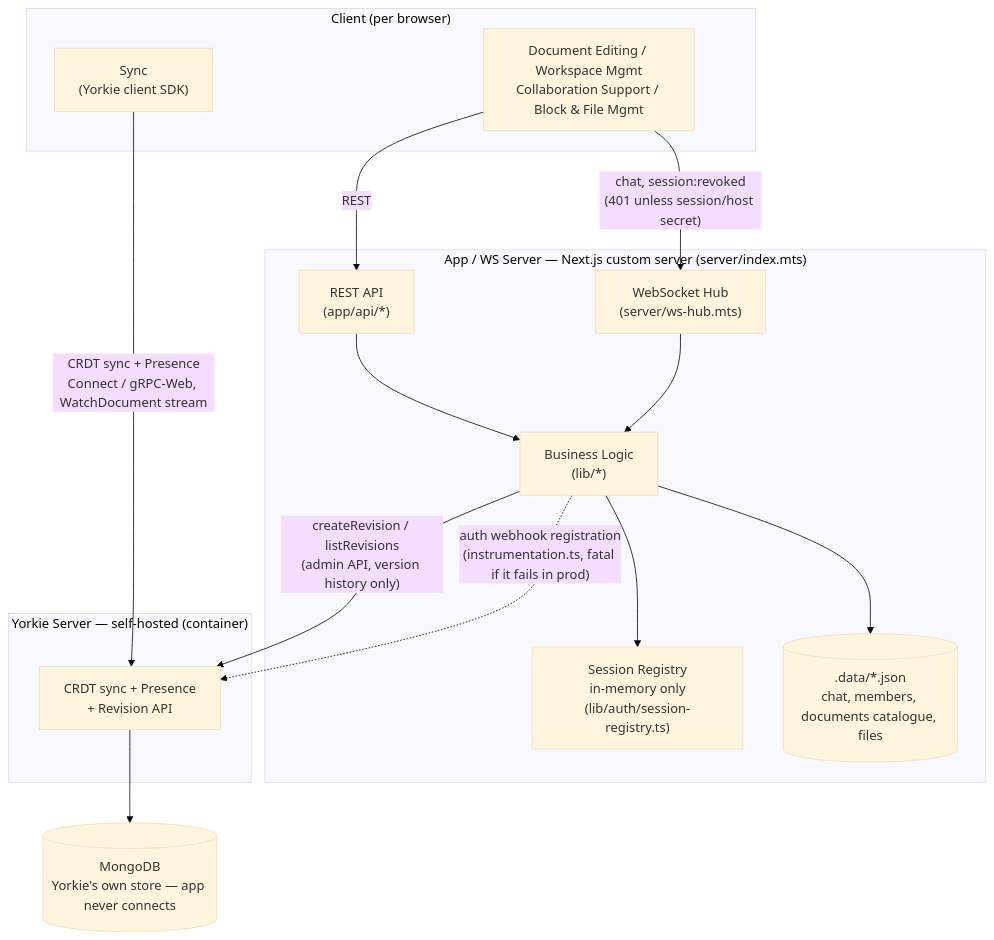
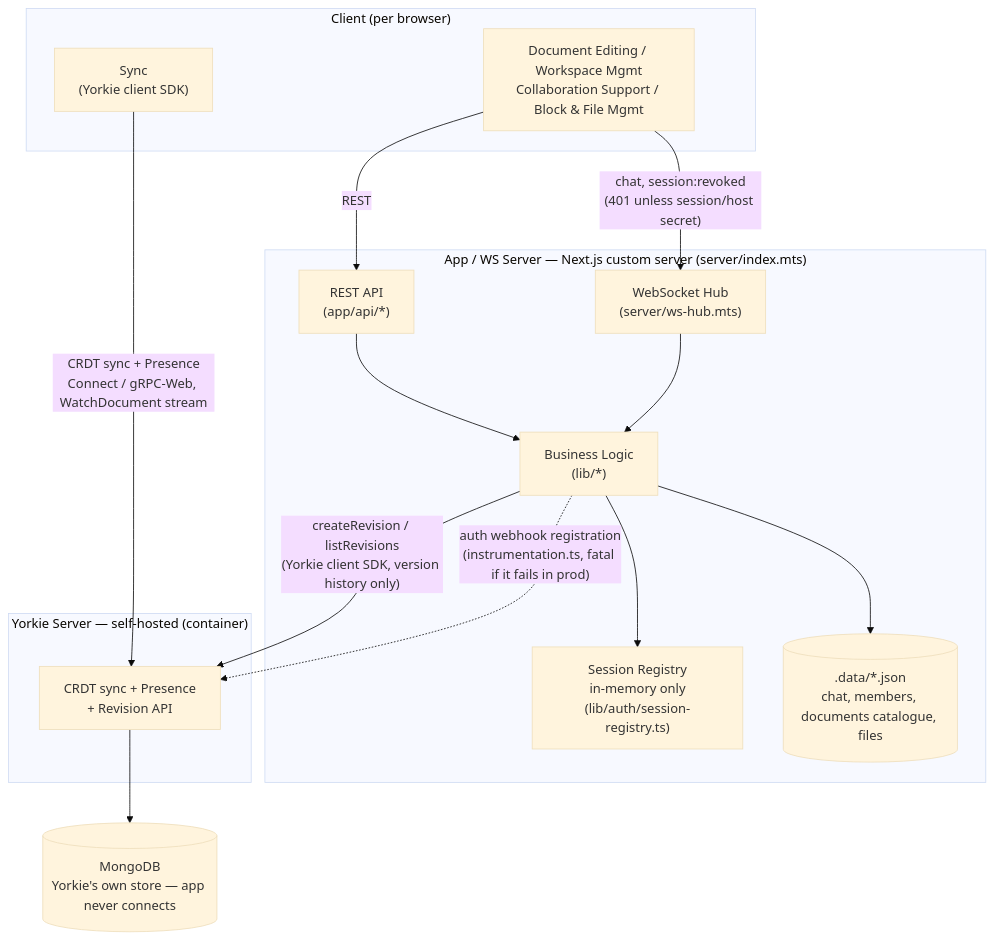
One commit to CBNU-TeamH/RMF-Block changed the diagram in ARCHITECTURE.md. Above: the diagram before and after it, drawn with Mermaid (base theme). The commit also changed other lines of this file and 5 other files, not shown here.

First line of the commit message:
docs: fix CodeRabbit findings on perf-criteria doc, rename to -ko, correct revision-API label

````diff
--- a/ARCHITECTURE.md
+++ b/ARCHITECTURE.md
@@ -7,34 +7,34 @@
 ```mermaid
 graph TB
   subgraph Client["Client (per browser)"]
     UI["Document Editing / Workspace Mgmt<br/>Collaboration Support / Block & File Mgmt"]
     SyncSDK["Sync<br/>(Yorkie client SDK)"]
   end
 
   subgraph AppServer["App / WS Server — Next.js custom server (server/index.mts)"]
     REST["REST API<br/>(app/api/*)"]
     WSHub["WebSocket Hub<br/>(server/ws-hub.mts)"]
     BizLogic["Business Logic<br/>(lib/*)"]
     SessionReg["Session Registry<br/>in-memory only<br/>(lib/auth/session-registry.ts)"]
     DataFiles[(".data/*.json<br/>chat, members, documents catalogue, files")]
   end
 
   subgraph YorkieBox["Yorkie Server — self-hosted (container)"]
     YorkieCore["CRDT sync + Presence<br/>+ Revision API"]
   end
 
   Mongo[(MongoDB<br/>Yorkie's own store — app never connects)]
 
   UI -->|"REST"| REST
   UI -->|"chat, session:revoked<br/>(401 unless session/host secret)"| WSHub
   SyncSDK -->|"CRDT sync + Presence<br/>Connect / gRPC-Web, WatchDocument stream"| YorkieCore
 
   REST --> BizLogic
   WSHub --> BizLogic
   BizLogic --> DataFiles
   BizLogic --> SessionReg
-  BizLogic -->|"createRevision / listRevisions<br/>(admin API, version history only)"| YorkieCore
+  BizLogic -->|"createRevision / listRevisions<br/>(Yorkie client SDK, version history only)"| YorkieCore
   BizLogic -.->|"auth webhook registration<br/>(instrumentation.ts, fatal if it fails in prod)"| YorkieCore
 
   YorkieCore --> Mongo
 ```
````
